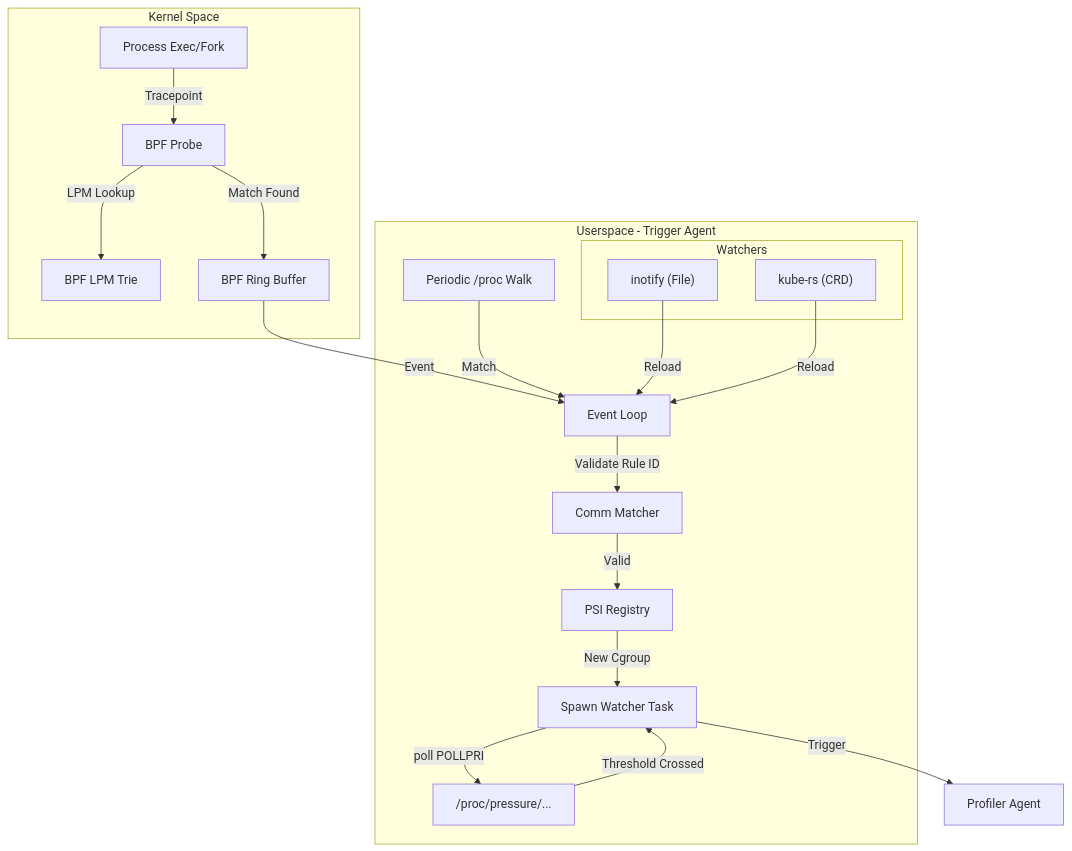
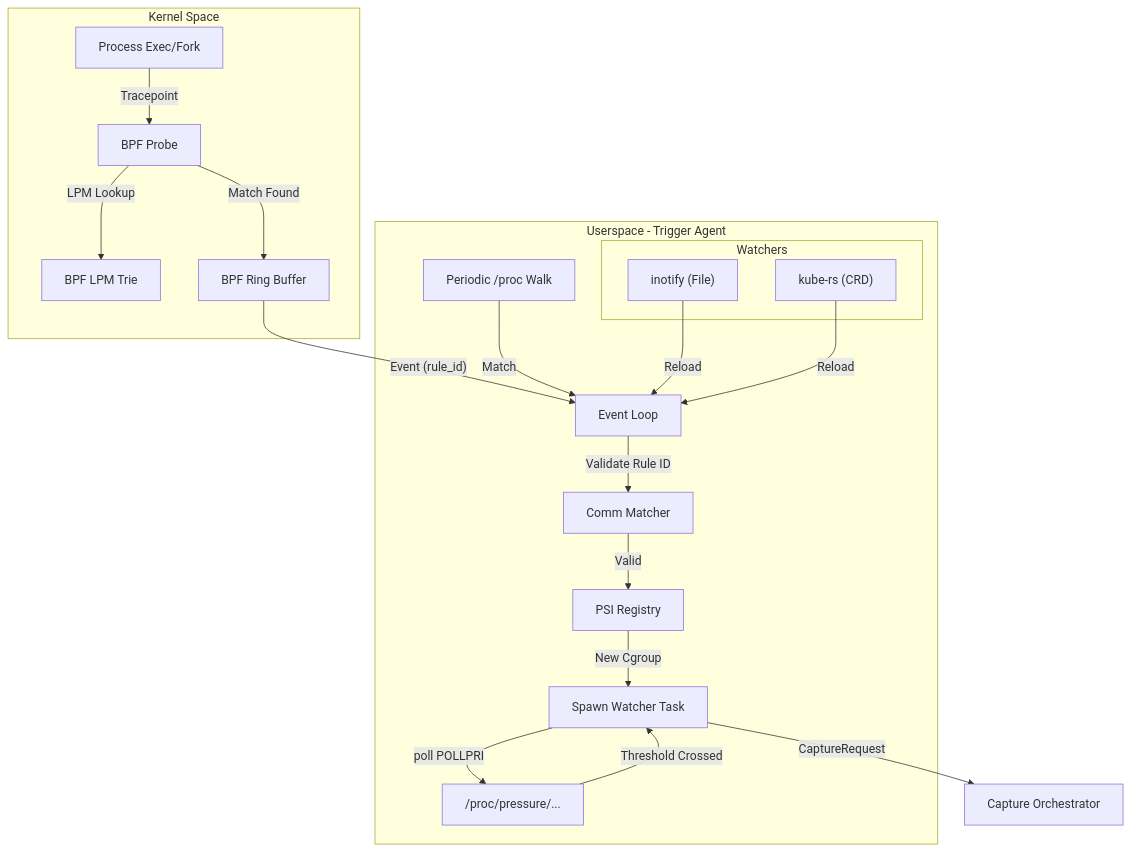
Before and after one commit to sugarraysam/bistouri: the diagram in docs/trigger.qmd, drawn with Mermaid. The commit also changed other lines of this file and 4 other files, not shown here.

````diff
--- a/docs/trigger.qmd
+++ b/docs/trigger.qmd
@@ -87,30 +87,30 @@
 ```{mermaid}
 graph TD
     subgraph "Kernel Space"
         K_EXEC["Process Exec/Fork"] -->|"Tracepoint"| BPF_PROG["BPF Probe"]
         BPF_PROG -->|"LPM Lookup"| BPF_TRIE["BPF LPM Trie"]
         BPF_PROG -->|"Match Found"| RING_BUF["BPF Ring Buffer"]
     end
 
     subgraph "Userspace - Trigger Agent"
-        RING_BUF -->|"Event"| EV_LOOP["Event Loop"]
+        RING_BUF -->|"Event (rule_id)"| EV_LOOP["Event Loop"]
         PROC_SCAN["Periodic /proc Walk"] -->|"Match"| EV_LOOP
 
         subgraph "Watchers"
             INOTIFY["inotify (File)"]
             KUBE["kube-rs (CRD)"]
         end
 
         INOTIFY -->|"Reload"| EV_LOOP
         KUBE -->|"Reload"| EV_LOOP
 
         EV_LOOP -->|"Validate Rule ID"| MATCHER["Comm Matcher"]
         MATCHER -->|"Valid"| PSI_REG["PSI Registry"]
 
         PSI_REG -->|"New Cgroup"| SPAWN["Spawn Watcher Task"]
         SPAWN -->|"poll POLLPRI"| PSI_FILE["/proc/pressure/..."]
     end
 
     PSI_FILE -->|"Threshold Crossed"| SPAWN
-    SPAWN -->|"Trigger"| PROFILER["Profiler Agent"]
+    SPAWN -->|"CaptureRequest"| PROFILER["Capture Orchestrator"]
 ```
````
